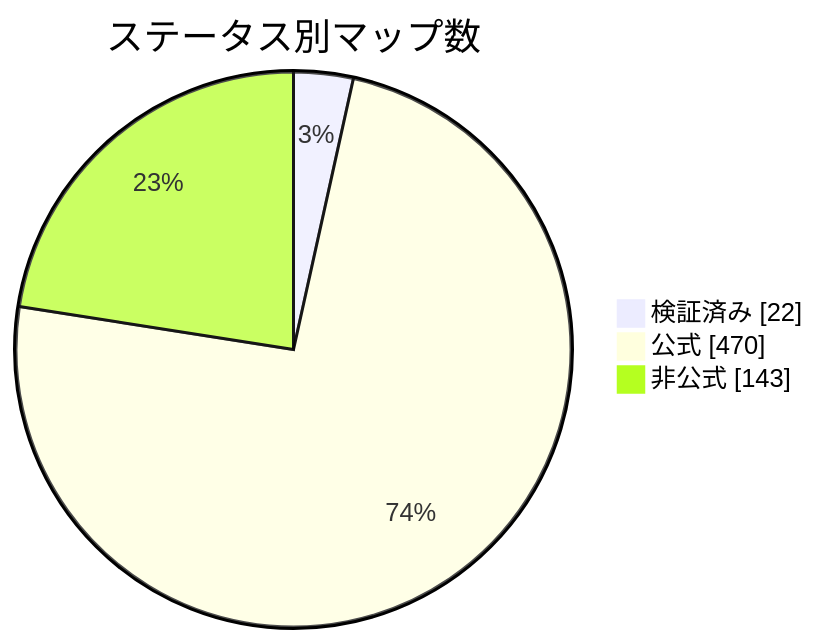
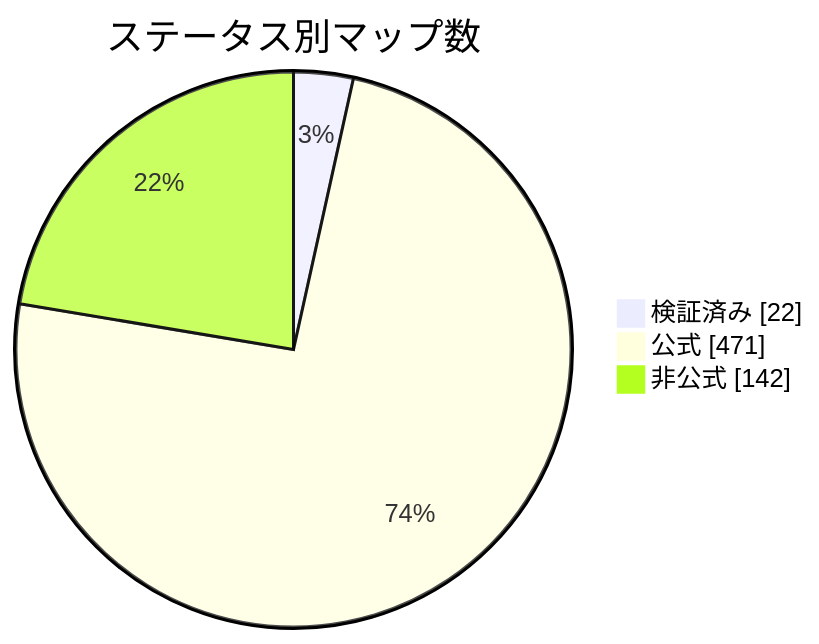
The diagram in docs/readme/README_JP.md (nobrega8/mbmap-library), drawn with Mermaid before and after one commit. The commit also changed 6 other files, not shown here.

````diff
--- a/docs/readme/README_JP.md
+++ b/docs/readme/README_JP.md
@@ -54,7 +54,7 @@
 ```mermaid
 pie showData
     title ステータス別マップ数
     "検証済み" : 22
-    "公式" : 470
-    "非公式" : 143
+    "公式" : 471
+    "非公式" : 142
 ```
````
